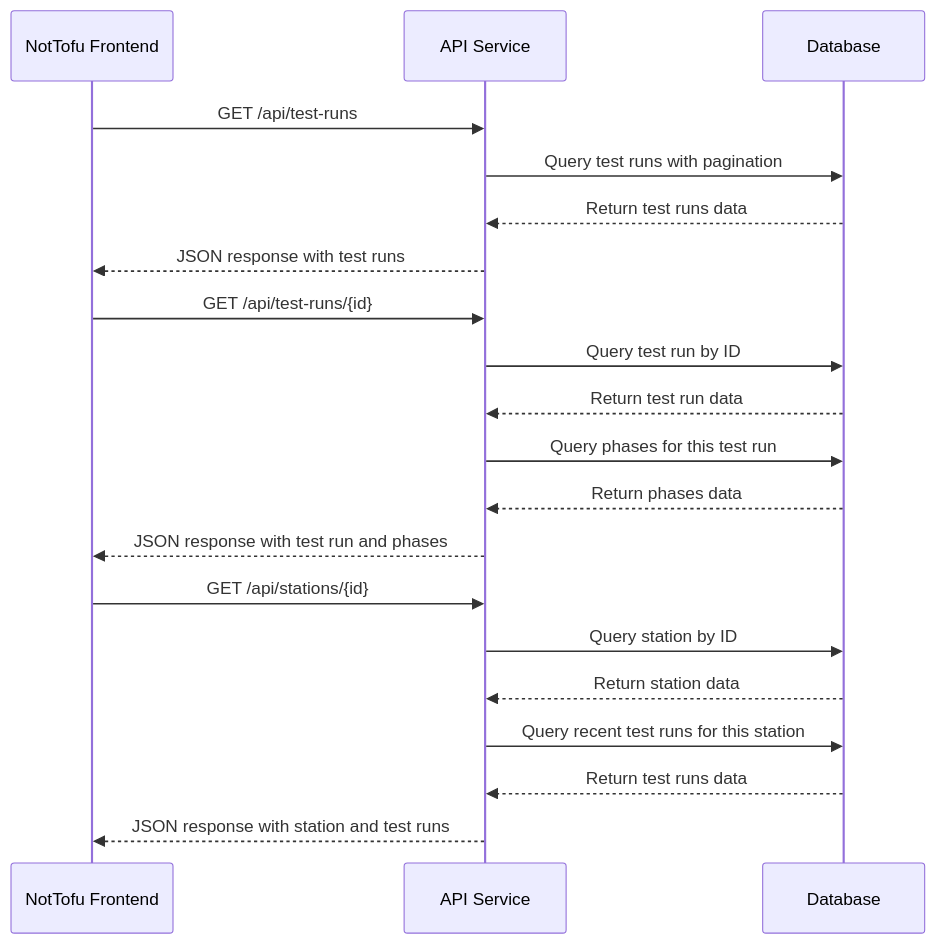
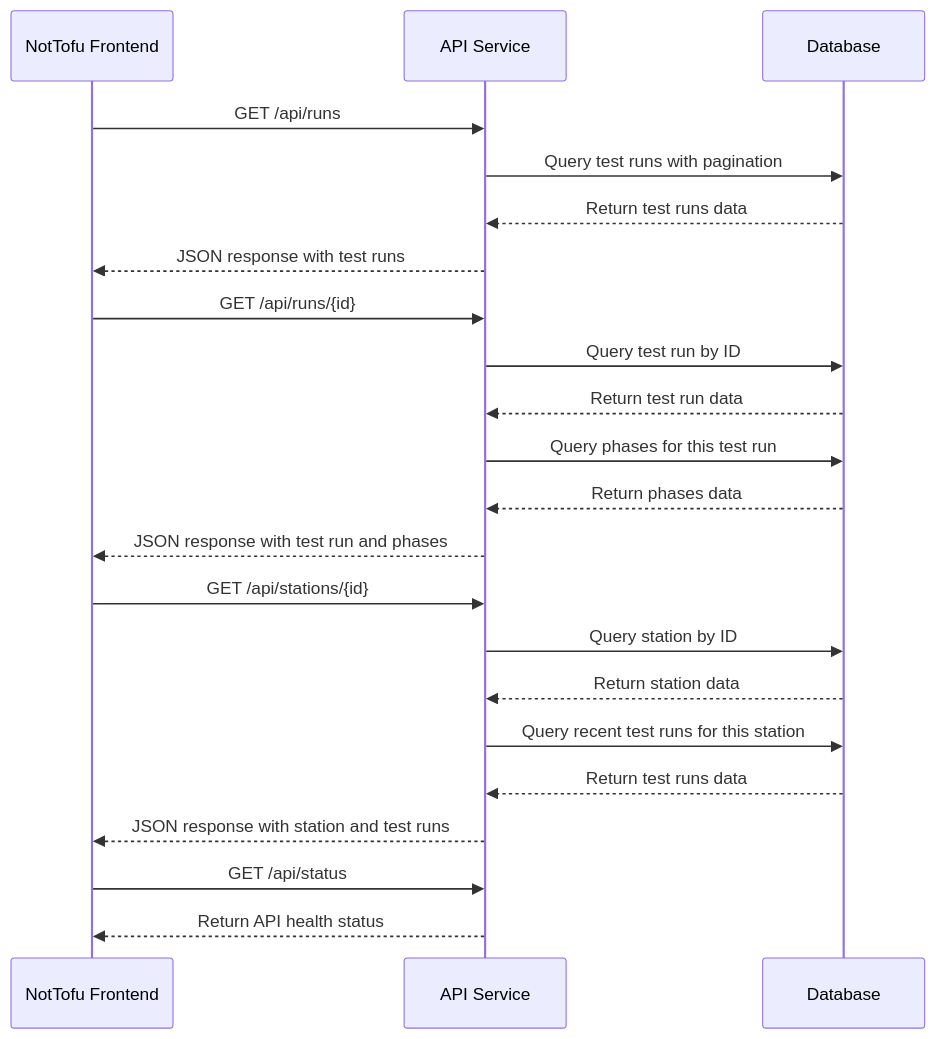
The first of 3 diagrams in docs/api/api_flow.md (mvalancy-mt/NotTofu), drawn with Mermaid before and after one commit. The commit also changed other lines of this file and 64 other files, not shown here.

````diff
--- a/docs/api/api_flow.md
+++ b/docs/api/api_flow.md
@@ -5,28 +5,32 @@
 ```mermaid
 sequenceDiagram
     participant Client as NotTofu Frontend
     participant API as API Service
     participant DB as Database
 
     %% Test Runs List Flow
-    Client->>API: GET /api/test-runs
+    Client->>API: GET /api/runs
     API->>DB: Query test runs with pagination
     DB-->>API: Return test runs data
     API-->>Client: JSON response with test runs
 
     %% Test Run Detail Flow
-    Client->>API: GET /api/test-runs/{id}
+    Client->>API: GET /api/runs/{id}
     API->>DB: Query test run by ID
     DB-->>API: Return test run data
     API->>DB: Query phases for this test run
     DB-->>API: Return phases data
     API-->>Client: JSON response with test run and phases
 
     %% Station Detail Flow
     Client->>API: GET /api/stations/{id}
     API->>DB: Query station by ID
     DB-->>API: Return station data
     API->>DB: Query recent test runs for this station
     DB-->>API: Return test runs data
     API-->>Client: JSON response with station and test runs
+    
+    %% API Status Check
+    Client->>API: GET /api/status
+    API-->>Client: Return API health status
 ```
````
